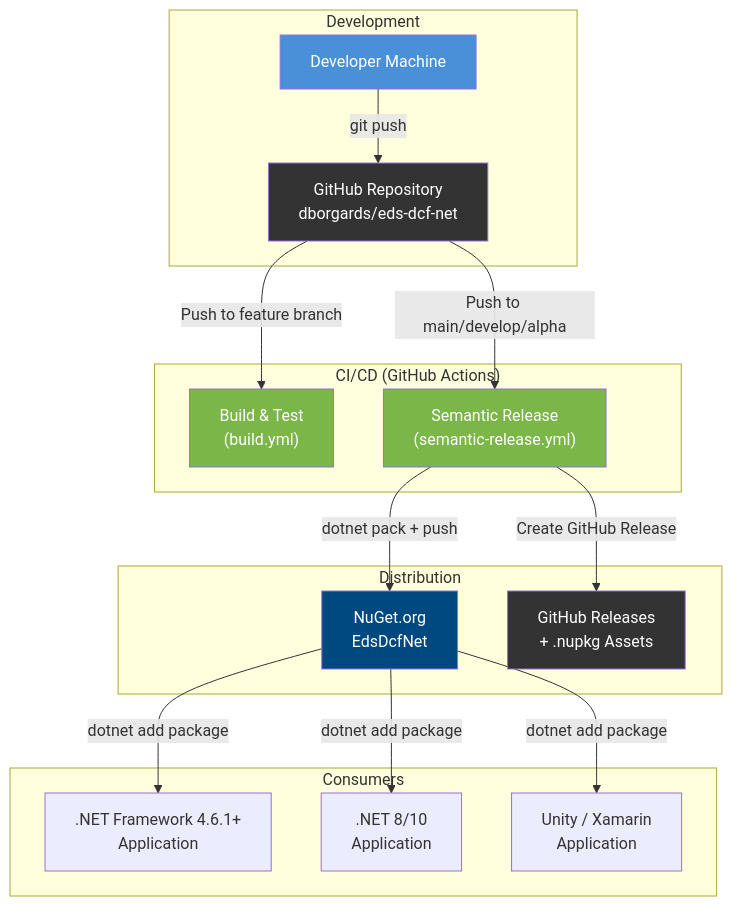
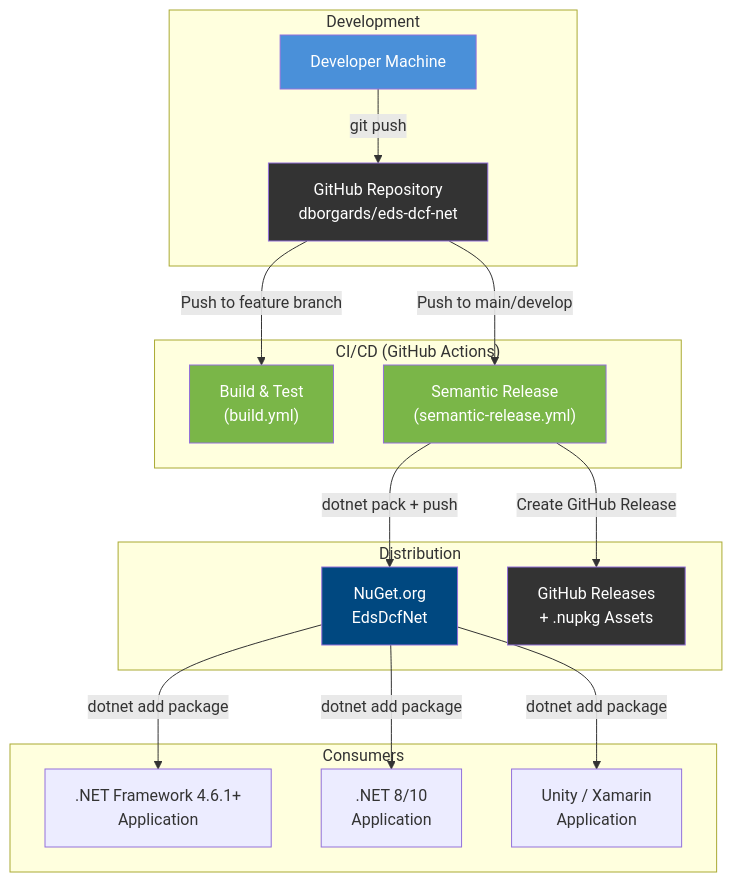
The first of 2 diagrams in docs/architecture/07-deployment-view.md (dborgards/eds-dcf-net), drawn with Mermaid before and after one commit. The commit also changed other lines of this file and 27 other files, not shown here.

````diff
--- a/docs/architecture/07-deployment-view.md
+++ b/docs/architecture/07-deployment-view.md
@@ -7,39 +7,39 @@
 ```mermaid
 graph TB
     subgraph Development ["Development"]
         Dev["Developer Machine"]
         GH["GitHub Repository<br/>dborgards/eds-dcf-net"]
     end
 
     subgraph CI ["CI/CD (GitHub Actions)"]
         Build["Build & Test<br/>(build.yml)"]
         Release["Semantic Release<br/>(semantic-release.yml)"]
     end
 
     subgraph Distribution ["Distribution"]
         NuGet["NuGet.org<br/>EdsDcfNet"]
         GHR["GitHub Releases<br/>+ .nupkg Assets"]
     end
 
     subgraph Consumers ["Consumers"]
         App1[".NET Framework 4.6.1+<br/>Application"]
         App2[".NET 8/10<br/>Application"]
         App3["Unity / Xamarin<br/>Application"]
     end
 
     Dev -->|git push| GH
     GH -->|Push to feature branch| Build
-    GH -->|Push to main/develop/alpha| Release
+    GH -->|Push to main/develop| Release
     Release -->|dotnet pack + push| NuGet
     Release -->|Create GitHub Release| GHR
     NuGet -->|dotnet add package| App1
     NuGet -->|dotnet add package| App2
     NuGet -->|dotnet add package| App3
 
     style Dev fill:#4A90D9,color:#fff
     style GH fill:#333,color:#fff
     style Build fill:#7AB648,color:#fff
     style Release fill:#7AB648,color:#fff
     style NuGet fill:#004880,color:#fff
     style GHR fill:#333,color:#fff
 ```
````
